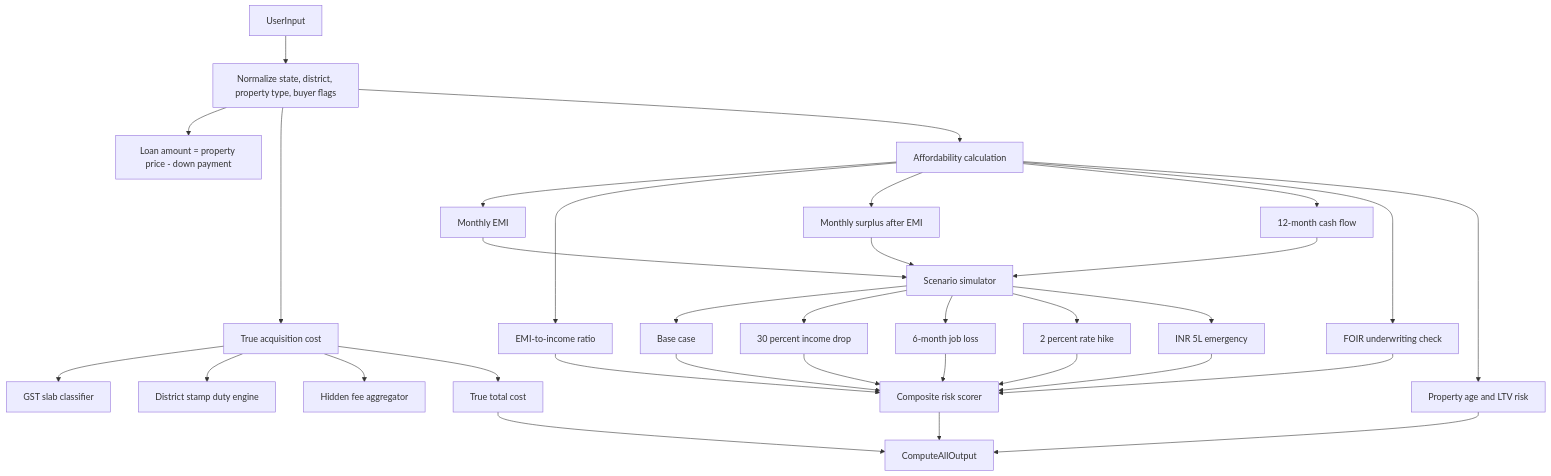
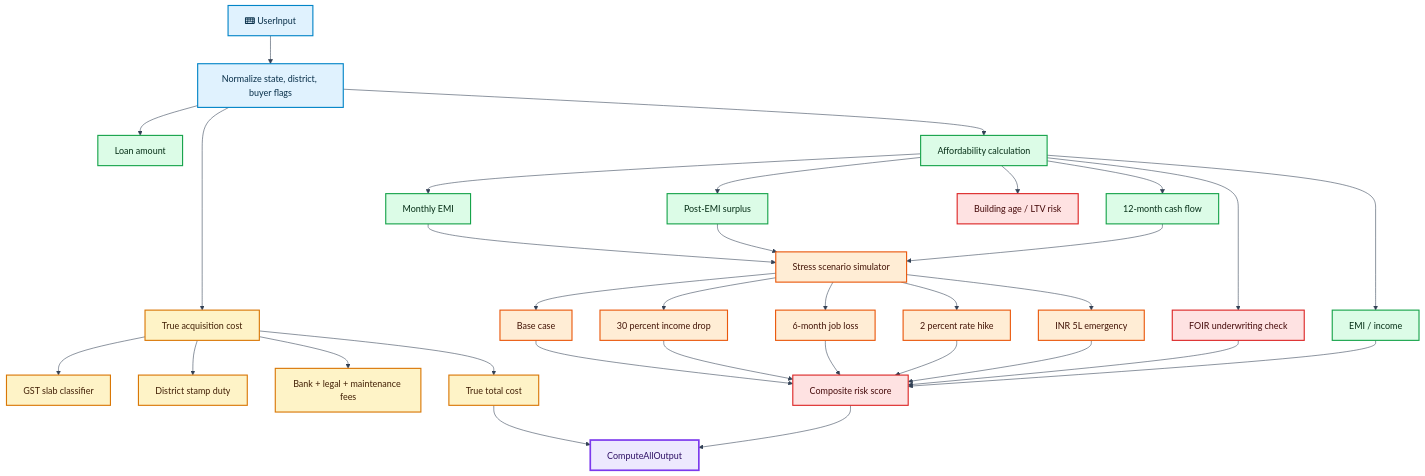
The seventh of 15 diagrams in README.md (HeetRanpura/NIV-AI), drawn with Mermaid before and after one commit. The commit also changed other lines of this file, not shown here.

Commit message:
Refine README diagrams and cost model

````diff
--- a/README.md
+++ b/README.md
@@ -448,42 +580,46 @@
 ```mermaid
+%%{init: {"theme":"base","themeVariables":{"primaryColor":"#ecfeff","primaryBorderColor":"#0891b2","lineColor":"#334155","fontFamily":"Inter, Arial"}}}%%
 flowchart TD
-    Input["UserInput"] --> Normalize["Normalize state, district, property type, buyer flags"]
+    Input["fa:fa-keyboard UserInput"]:::input --> Normalize["Normalize state, district, buyer flags"]:::input
+    Normalize --> Loan["Loan amount"]:::math
+    Normalize --> Cost["True acquisition cost"]:::cost
+    Normalize --> Afford["Affordability calculation"]:::math
 
-    Normalize --> Loan["Loan amount = property price - down payment"]
-    Normalize --> Cost["True acquisition cost"]
-    Normalize --> Afford["Affordability calculation"]
+    Cost --> GST["GST slab classifier"]:::cost
+    Cost --> Stamp["District stamp duty"]:::cost
+    Cost --> Fees["Bank + legal + maintenance fees"]:::cost
+    Cost --> Total["True total cost"]:::cost
 
-    Cost --> GST["GST slab classifier"]
-    Cost --> Stamp["District stamp duty engine"]
-    Cost --> Fees["Hidden fee aggregator"]
-    Cost --> Total["True total cost"]
+    Afford --> EMI["Monthly EMI"]:::math
+    Afford --> Ratio["EMI / income"]:::math
+    Afford --> Surplus["Post-EMI surplus"]:::math
+    Afford --> Cash["12-month cash flow"]:::math
+    Afford --> FOIR["FOIR underwriting check"]:::risk
+    Afford --> LTV["Building age / LTV risk"]:::risk
 
-    Afford --> EMI["Monthly EMI"]
-    Afford --> Ratio["EMI-to-income ratio"]
-    Afford --> Surplus["Monthly surplus after EMI"]
-    Afford --> Cash["12-month cash flow"]
-    Afford --> FOIR["FOIR underwriting check"]
-    Afford --> LTV["Property age and LTV risk"]
-
-    EMI --> Scenario["Scenario simulator"]
+    EMI --> Scenario["Stress scenario simulator"]:::scenario
     Surplus --> Scenario
     Cash --> Scenario
+    Scenario --> S1["Base case"]:::scenario
+    Scenario --> S2["30 percent income drop"]:::scenario
+    Scenario --> S3["6-month job loss"]:::scenario
+    Scenario --> S4["2 percent rate hike"]:::scenario
+    Scenario --> S5["INR 5L emergency"]:::scenario
 
-    Scenario --> S1["Base case"]
-    Scenario --> S2["30 percent income drop"]
-    Scenario --> S3["6-month job loss"]
-    Scenario --> S4["2 percent rate hike"]
-    Scenario --> S5["INR 5L emergency"]
+    S1 --> RiskScore["Composite risk score"]:::risk
+    S2 --> RiskScore
+    S3 --> RiskScore
+    S4 --> RiskScore
+    S5 --> RiskScore
+    FOIR --> RiskScore
+    Ratio --> RiskScore
+    Total --> Output["ComputeAllOutput"]:::output
+    RiskScore --> Output
 
-    S1 --> Risk["Composite risk scorer"]
-    S2 --> Risk
-    S3 --> Risk
-    S4 --> Risk
-    S5 --> Risk
-    Ratio --> Risk
-    FOIR --> Risk
-
-    Risk --> Output["ComputeAllOutput"]
-    Total --> Output
-    LTV --> Output
+    classDef input fill:#e0f2fe,stroke:#0284c7,stroke-width:2px,color:#082f49;
+    classDef math fill:#dcfce7,stroke:#16a34a,stroke-width:2px,color:#052e16;
+    classDef cost fill:#fef3c7,stroke:#d97706,stroke-width:2px,color:#422006;
+    classDef scenario fill:#ffedd5,stroke:#ea580c,stroke-width:2px,color:#431407;
+    classDef risk fill:#fee2e2,stroke:#dc2626,stroke-width:2px,color:#450a0a;
+    classDef output fill:#ede9fe,stroke:#7c3aed,stroke-width:3px,color:#2e1065;
 ```
````
